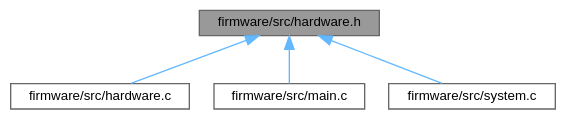
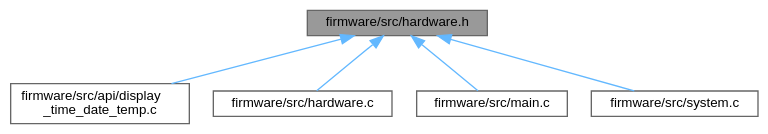
The diagram in dev/hardware_8h__dep__incl.dot (Ghaadyy/elevator-controller), drawn with Graphviz before and after one commit. The commit also changed 80 other files, not shown here.

```diff
--- a/dev/hardware_8h__dep__incl.dot
+++ b/dev/hardware_8h__dep__incl.dot
@@ -1,14 +1,16 @@
 digraph "firmware/src/hardware.h"
 {
  // LATEX_PDF_SIZE
   bgcolor="transparent";
   edge [fontname=Helvetica,fontsize=10,labelfontname=Helvetica,labelfontsize=10];
   node [fontname=Helvetica,fontsize=10,shape=box,height=0.2,width=0.4];
   Node1 [id="Node000001",label="firmware/src/hardware.h",height=0.2,width=0.4,color="gray40", fillcolor="grey60", style="filled", fontcolor="black",tooltip=" "];
   Node1 -> Node2 [id="edge1_Node000001_Node000002",dir="back",color="steelblue1",style="solid",tooltip=" "];
-  Node2 [id="Node000002",label="firmware/src/hardware.c",height=0.2,width=0.4,color="grey40", fillcolor="white", style="filled",URL="$hardware_8c.html",tooltip=" "];
+  Node2 [id="Node000002",label="firmware/src/api/display\l_time_date_temp.c",height=0.2,width=0.4,color="grey40", fillcolor="white", style="filled",URL="$display__time__date__temp_8c.html",tooltip=" "];
   Node1 -> Node3 [id="edge2_Node000001_Node000003",dir="back",color="steelblue1",style="solid",tooltip=" "];
-  Node3 [id="Node000003",label="firmware/src/main.c",height=0.2,width=0.4,color="grey40", fillcolor="white", style="filled",URL="$main_8c.html",tooltip=" "];
+  Node3 [id="Node000003",label="firmware/src/hardware.c",height=0.2,width=0.4,color="grey40", fillcolor="white", style="filled",URL="$hardware_8c.html",tooltip=" "];
   Node1 -> Node4 [id="edge3_Node000001_Node000004",dir="back",color="steelblue1",style="solid",tooltip=" "];
-  Node4 [id="Node000004",label="firmware/src/system.c",height=0.2,width=0.4,color="grey40", fillcolor="white", style="filled",URL="$system_8c.html",tooltip=" "];
+  Node4 [id="Node000004",label="firmware/src/main.c",height=0.2,width=0.4,color="grey40", fillcolor="white", style="filled",URL="$main_8c.html",tooltip=" "];
+  Node1 -> Node5 [id="edge4_Node000001_Node000005",dir="back",color="steelblue1",style="solid",tooltip=" "];
+  Node5 [id="Node000005",label="firmware/src/system.c",height=0.2,width=0.4,color="grey40", fillcolor="white", style="filled",URL="$system_8c.html",tooltip=" "];
 }
```
